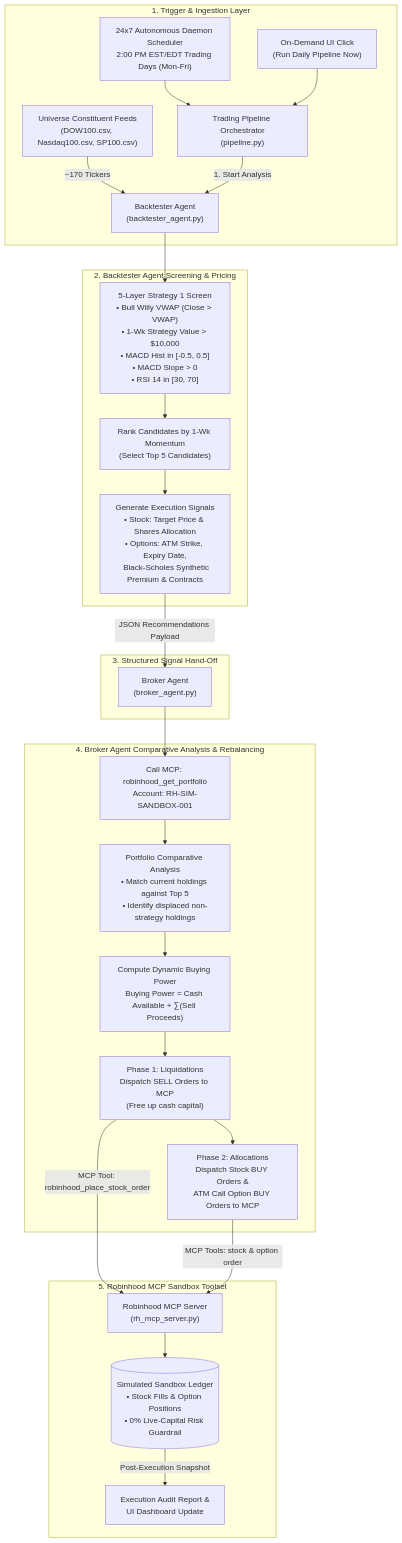
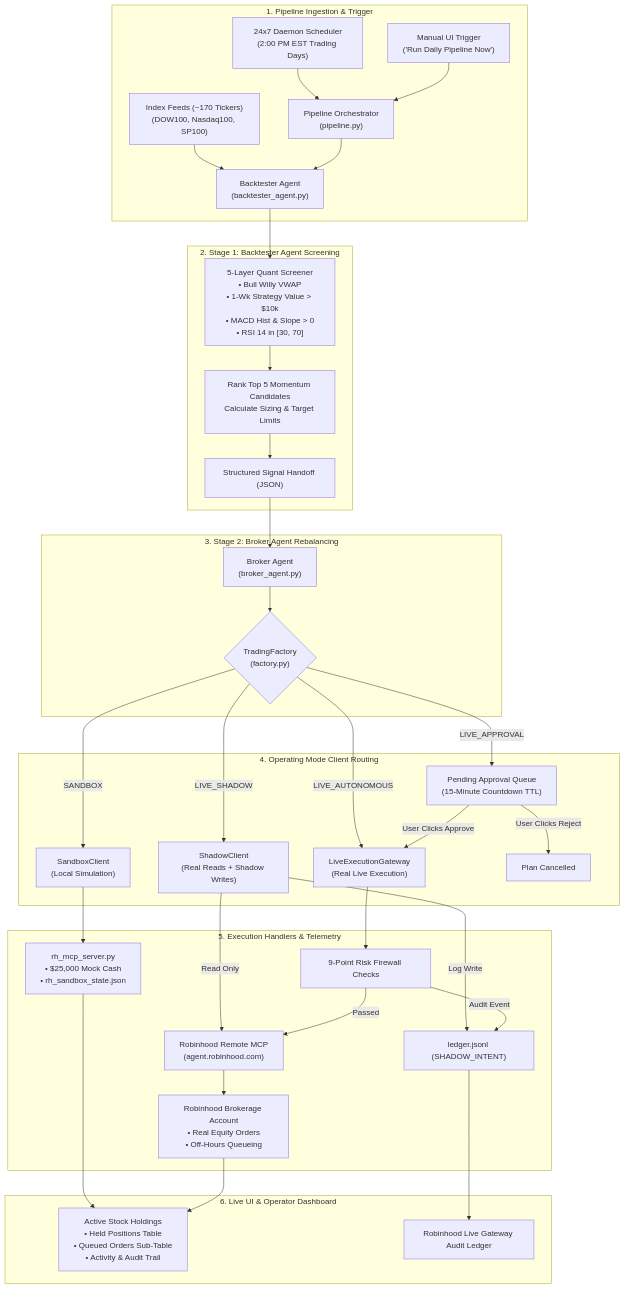
One commit to sss-modernkris/StockPickerStrategies changed the second of 2 diagrams in docs/Documentation.md. Above: the diagram before and after it, drawn with Mermaid. The commit also changed other lines of this file and 42 other files, not shown here.

First line of the commit message:
feat(trading): release v20261026 - institutional Robinhood live trading architecture and risk firewall

````diff
--- a/docs/Documentation.md
+++ b/docs/Documentation.md
@@ -230,34 +286,46 @@
 ```mermaid
 flowchart TD
-    subgraph Trigger ["1. Trigger & Ingestion Layer"]
-        T1["24x7 Autonomous Daemon Scheduler<br/>2:00 PM EST/EDT Trading Days (Mon-Fri)"] --> PIPE["Trading Pipeline Orchestrator<br/>(pipeline.py)"]
-        T2["On-Demand UI Click<br/>(Run Daily Pipeline Now)"] --> PIPE
-        CSV["Universe Constituent Feeds<br/>(DOW100.csv, Nasdaq100.csv, SP100.csv)"] -->|~170 Tickers| BT["Backtester Agent<br/>(backtester_agent.py)"]
+    subgraph Trigger ["1. Pipeline Ingestion & Trigger"]
+        T1["24x7 Daemon Scheduler<br/>(2:00 PM EST Trading Days)"] --> Orchestrator["Pipeline Orchestrator<br/>(pipeline.py)"]
+        T2["Manual UI Trigger<br/>('Run Daily Pipeline Now')"] --> Orchestrator
+        Constituents["Index Feeds (~170 Tickers)<br/>(DOW100, Nasdaq100, SP100)"] --> Stage1["Backtester Agent<br/>(backtester_agent.py)"]
     end
 
-    subgraph Stage1 ["2. Backtester Agent Screening & Pricing"]
-        PIPE -->|1. Start Analysis| BT
-        BT --> S1["5-Layer Strategy 1 Screen<br/>• Bull Willy VWAP (Close > VWAP)<br/>• 1-Wk Strategy Value > $10,000<br/>• MACD Hist in [-0.5, 0.5]<br/>• MACD Slope > 0<br/>• RSI 14 in [30, 70]"]
-        S1 --> S2["Rank Candidates by 1-Wk Momentum<br/>(Select Top 5 Candidates)"]
-        S2 --> S3["Generate Execution Signals<br/>• Stock: Target Price & Shares Allocation<br/>• Options: ATM Strike, Expiry Date,<br/>  Black-Scholes Synthetic Premium & Contracts"]
+    subgraph Stage1Analysis ["2. Stage 1: Backtester Agent Screening"]
+        Orchestrator --> Stage1
+        Stage1 --> Screen["5-Layer Quant Screener<br/>• Bull Willy VWAP<br/>• 1-Wk Strategy Value > $10k<br/>• MACD Hist & Slope > 0<br/>• RSI 14 in [30, 70]"]
+        Screen --> Rank["Rank Top 5 Momentum Candidates<br/>Calculate Sizing & Target Limits"]
+        Rank --> Handoff["Structured Signal Handoff (JSON)"]
     end
 
-    subgraph Payload ["3. Structured Signal Hand-Off"]
-        S3 -->|JSON Recommendations Payload| BR["Broker Agent<br/>(broker_agent.py)"]
+    subgraph Stage2Execution ["3. Stage 2: Broker Agent Rebalancing"]
+        Handoff --> Stage2["Broker Agent<br/>(broker_agent.py)"]
+        Stage2 --> Factory{"TradingFactory<br/>(factory.py)"}
     end
 
-    subgraph Stage2 ["4. Broker Agent Comparative Analysis & Rebalancing"]
-        BR --> Q1["Call MCP: robinhood_get_portfolio<br/>Account: RH-SIM-SANDBOX-001"]
-        Q1 --> Q2["Portfolio Comparative Analysis<br/>• Match current holdings against Top 5<br/>• Identify displaced non-strategy holdings"]
-        Q2 --> Q3["Compute Dynamic Buying Power<br/>Buying Power = Cash Available + ∑(Sell Proceeds)"]
-        Q3 --> P1["Phase 1: Liquidations<br/>Dispatch SELL Orders to MCP<br/>(Free up cash capital)"]
-        P1 --> P2["Phase 2: Allocations<br/>Dispatch Stock BUY Orders &<br/>ATM Call Option BUY Orders to MCP"]
+    subgraph Routing ["4. Operating Mode Client Routing"]
+        Factory -->|SANDBOX| SandboxClient["SandboxClient<br/>(Local Simulation)"]
+        Factory -->|LIVE_SHADOW| ShadowClient["ShadowClient<br/>(Real Reads + Shadow Writes)"]
+        Factory -->|LIVE_APPROVAL| HITLQueue["Pending Approval Queue<br/>(15-Minute Countdown TTL)"]
+        Factory -->|LIVE_AUTONOMOUS| LiveGateway["LiveExecutionGateway<br/>(Real Live Execution)"]
+        
+        HITLQueue -->|User Clicks Approve| LiveGateway
+        HITLQueue -->|User Clicks Reject| Cancelled["Plan Cancelled"]
     end
 
-    subgraph MCP ["5. Robinhood MCP Sandbox Toolset"]
-        P1 -->|MCP Tool: robinhood_place_stock_order| RH_SRV["Robinhood MCP Server<br/>(rh_mcp_server.py)"]
-        P2 -->|MCP Tools: stock & option order| RH_SRV
-        RH_SRV --> LEDGER[("Simulated Sandbox Ledger<br/>• Stock Fills & Option Positions<br/>• 0% Live-Capital Risk Guardrail")]
-        LEDGER -->|Post-Execution Snapshot| RPT["Execution Audit Report &<br/>UI Dashboard Update"]
+    subgraph ExecutionDestinations ["5. Execution Handlers & Telemetry"]
+        SandboxClient --> LocalSim["rh_mcp_server.py<br/>• $25,000 Mock Cash<br/>• rh_sandbox_state.json"]
+        ShadowClient -->|Read Only| RHMCP["Robinhood Remote MCP<br/>(agent.robinhood.com)"]
+        ShadowClient -->|Log Write| AuditLedger["ledger.jsonl (SHADOW_INTENT)"]
+        LiveGateway --> Firewall["9-Point Risk Firewall Checks"]
+        Firewall -->|Passed| RHMCP
+        Firewall -->|Audit Event| AuditLedger
+        RHMCP --> Brokerage["Robinhood Brokerage Account<br/>• Real Equity Orders<br/>• Off-Hours Queueing"]
+    end
+
+    subgraph UI ["6. Live UI & Operator Dashboard"]
+        LocalSim --> UIHoldings["Active Stock Holdings<br/>• Held Positions Table<br/>• Queued Orders Sub-Table<br/>• Activity & Audit Trail"]
+        Brokerage --> UIHoldings
+        AuditLedger --> UILedger["Robinhood Live Gateway Audit Ledger"]
     end
 ```
````
